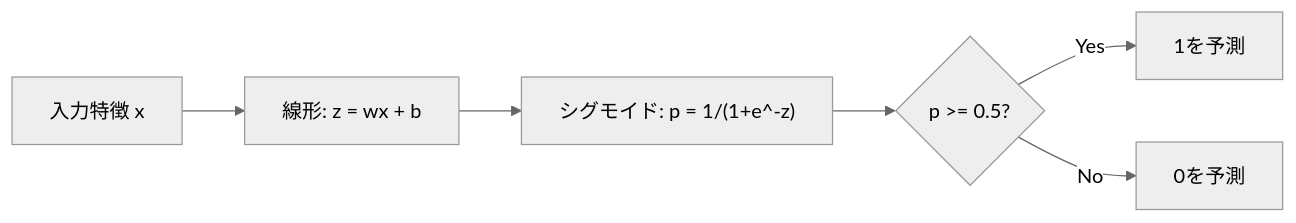
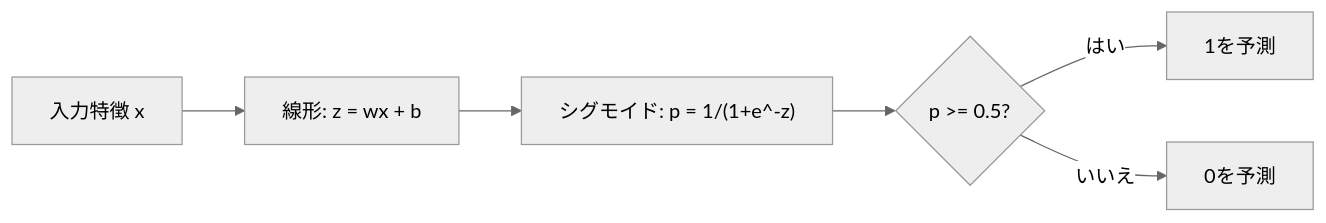
Before and after one commit to shoshoshomen/synapse-academy: the first of 2 diagrams in content/phases/02-ml-fundamentals/03-logistic-regression/lesson.ja.md, drawn with Mermaid (neutral theme). The commit also changed other lines of this file and 124 other files, not shown here.

First line of the commit message:
feat(i18n): mermaid図のラベルを日本語化(194レッスン/374図)

````diff
--- a/content/phases/02-ml-fundamentals/03-logistic-regression/lesson.ja.md
+++ b/content/phases/02-ml-fundamentals/03-logistic-regression/lesson.ja.md
@@ -60,8 +60,8 @@
 ```mermaid
 flowchart LR
     X[入力特徴 x] --> L["線形: z = wx + b"]
     L --> S["シグモイド: p = 1/(1+e^-z)"]
     S --> D{"p >= 0.5?"}
-    D -->|Yes| P[1を予測]
-    D -->|No| N[0を予測]
+    D -->|"はい"| P[1を予測]
+    D -->|"いいえ"| N[0を予測]
 ```
````
